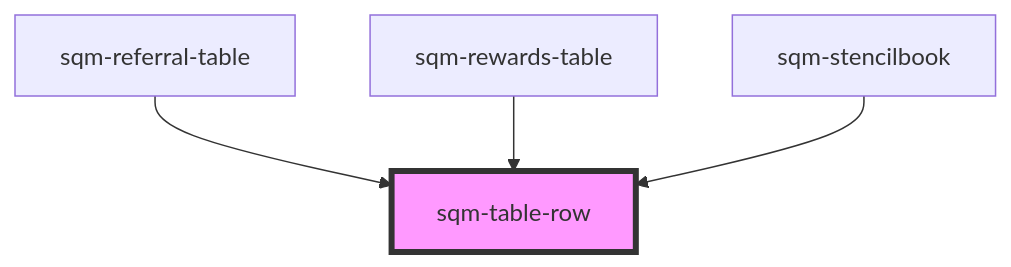
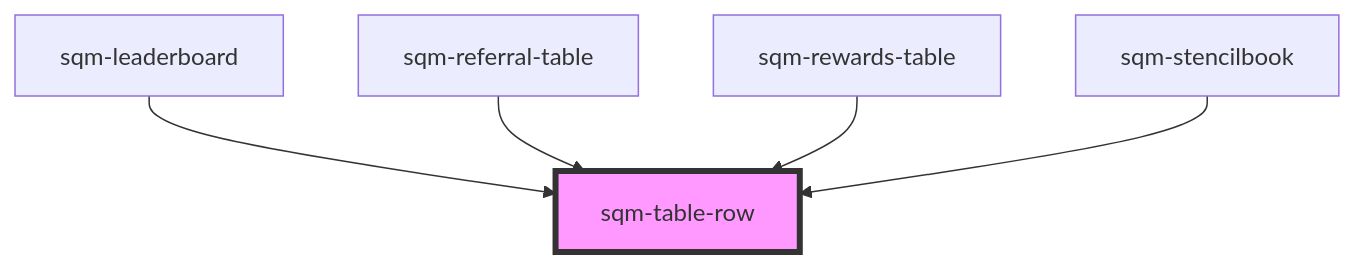
One commit to saasquatch/program-tools changed the diagram in packages/mint-components/src/components/sqm-table-row/readme.md. Above: the diagram before and after it, drawn with Mermaid. The commit also changed other lines of this file and 7 other files, not shown here.

````diff
--- a/packages/mint-components/src/components/sqm-table-row/readme.md
+++ b/packages/mint-components/src/components/sqm-table-row/readme.md
@@ -24,7 +25,8 @@
 ```mermaid
 graph TD;
+  sqm-leaderboard --> sqm-table-row
   sqm-referral-table --> sqm-table-row
   sqm-rewards-table --> sqm-table-row
   sqm-stencilbook --> sqm-table-row
   style sqm-table-row fill:#f9f,stroke:#333,stroke-width:4px
 ```
````
